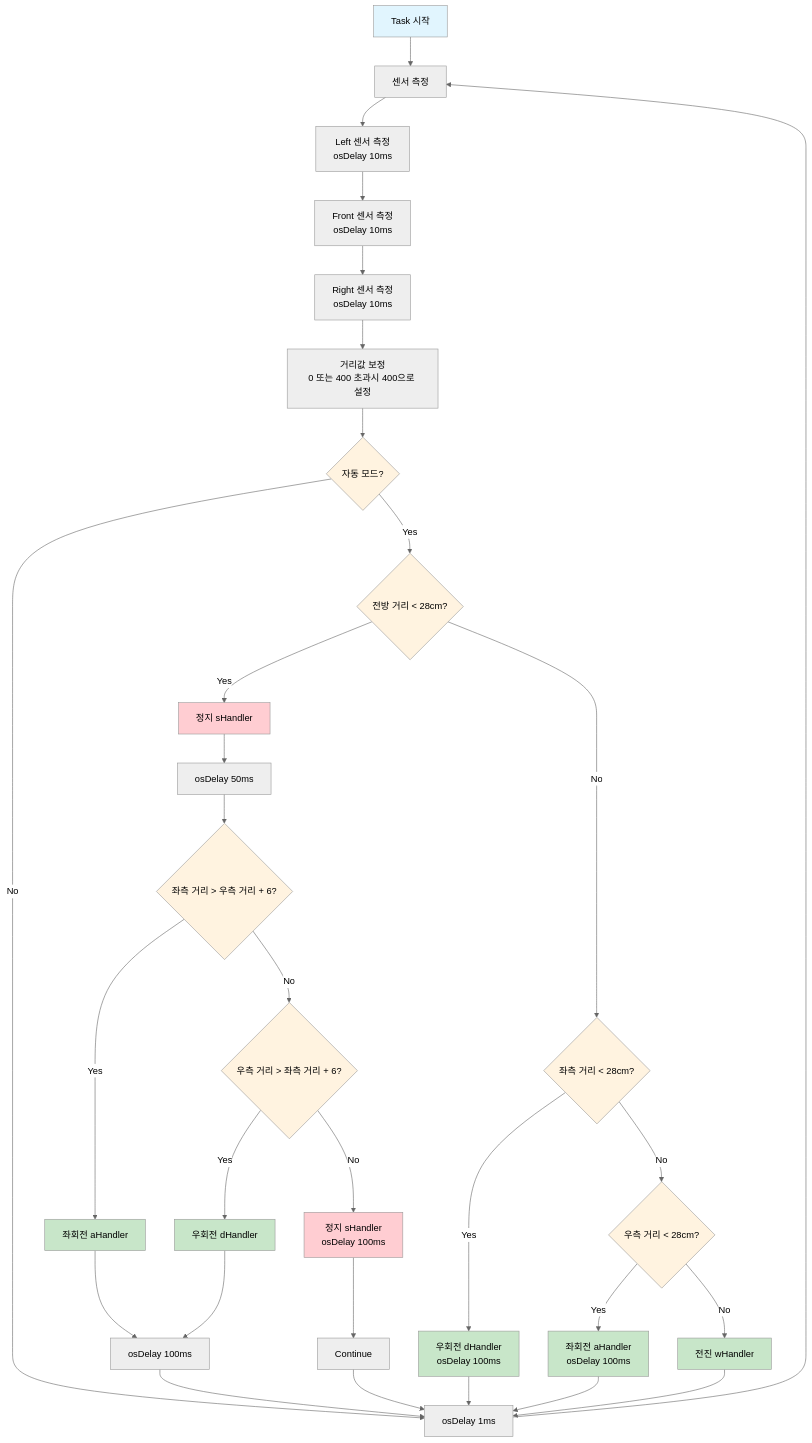
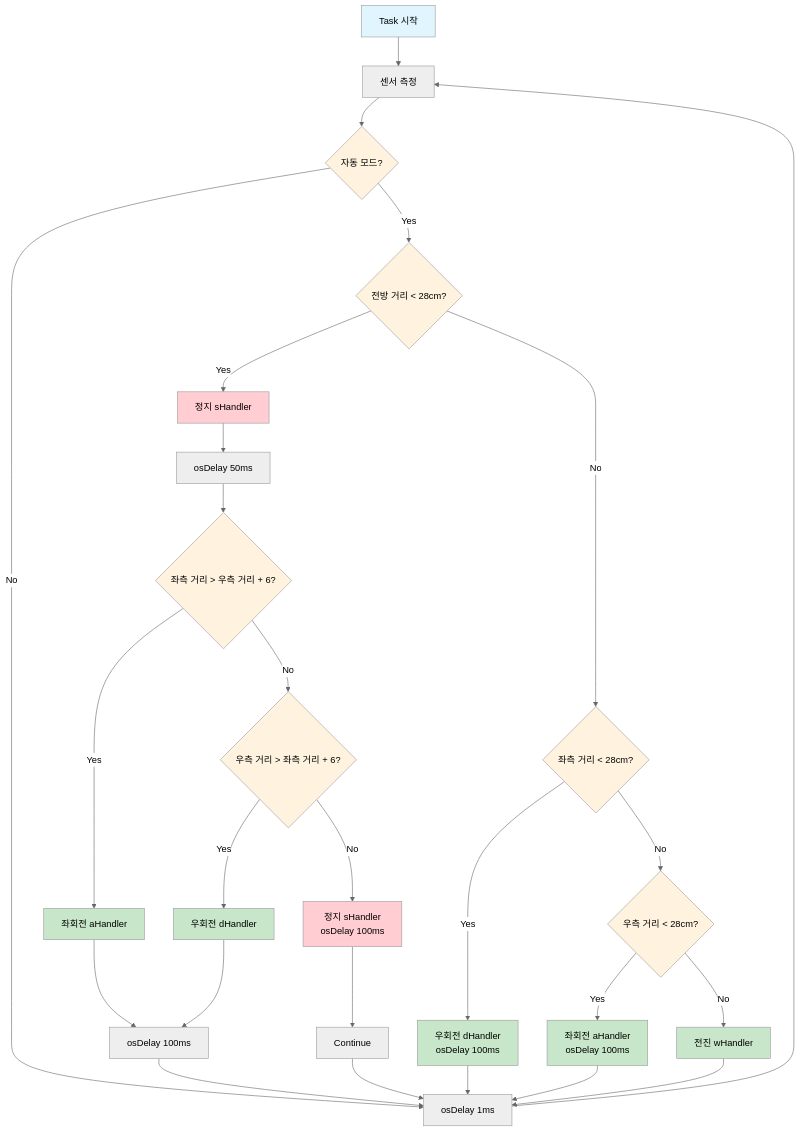
The diagram in README.md (alsgudrl132/car-project), drawn with Mermaid (neutral theme) before and after one commit.

````diff
--- a/README.md
+++ b/README.md
@@ -90,59 +95,54 @@
 ```mermaid
 flowchart TD
     A[Task 시작] --> B[센서 측정]
-    B --> C[Left 센서 측정<br/>osDelay 10ms]
-    C --> D[Front 센서 측정<br/>osDelay 10ms]
-    D --> E[Right 센서 측정<br/>osDelay 10ms]
-    
-    E --> F[거리값 보정<br/>0 또는 400 초과시 400으로 설정]
-    
-    F --> G{자동 모드?}
+
+    B --> G{자동 모드?}
     G -->|No| Z[osDelay 1ms]
     G -->|Yes| H{전방 거리 < 28cm?}
     
     H -->|Yes| I[정지 sHandler]
     H -->|No| J{좌측 거리 < 28cm?}
     
     I --> K[osDelay 50ms]
     K --> L{좌측 거리 > 우측 거리 + 6?}
     
     L -->|Yes| M[좌회전 aHandler]
     L -->|No| N{우측 거리 > 좌측 거리 + 6?}
     
     N -->|Yes| O[우회전 dHandler]
     N -->|No| P[정지 sHandler<br/>osDelay 100ms]
     
     P --> Q[Continue]
     Q --> Z
     
     M --> R[osDelay 100ms]
     O --> R
     R --> Z
     
     J -->|Yes| S[우회전 dHandler<br/>osDelay 100ms]
     J -->|No| T{우측 거리 < 28cm?}
     
     T -->|Yes| U[좌회전 aHandler<br/>osDelay 100ms]
     T -->|No| V[전진 wHandler]
     
     S --> Z
     U --> Z
     V --> Z
     
     Z --> B
     
     style A fill:#e1f5fe
     style G fill:#fff3e0
     style H fill:#fff3e0
     style J fill:#fff3e0
     style L fill:#fff3e0
     style N fill:#fff3e0
     style T fill:#fff3e0
     style M fill:#c8e6c9
     style O fill:#c8e6c9
     style S fill:#c8e6c9
     style U fill:#c8e6c9
     style V fill:#c8e6c9
     style I fill:#ffcdd2
     style P fill:#ffcdd2
 ```
````
